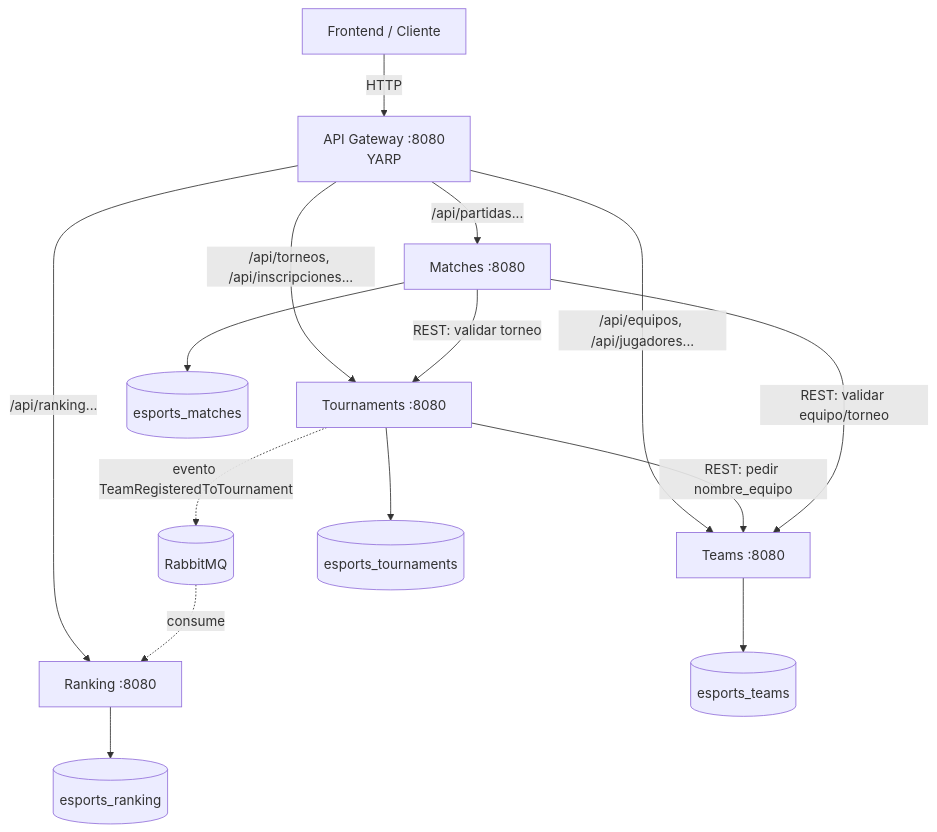
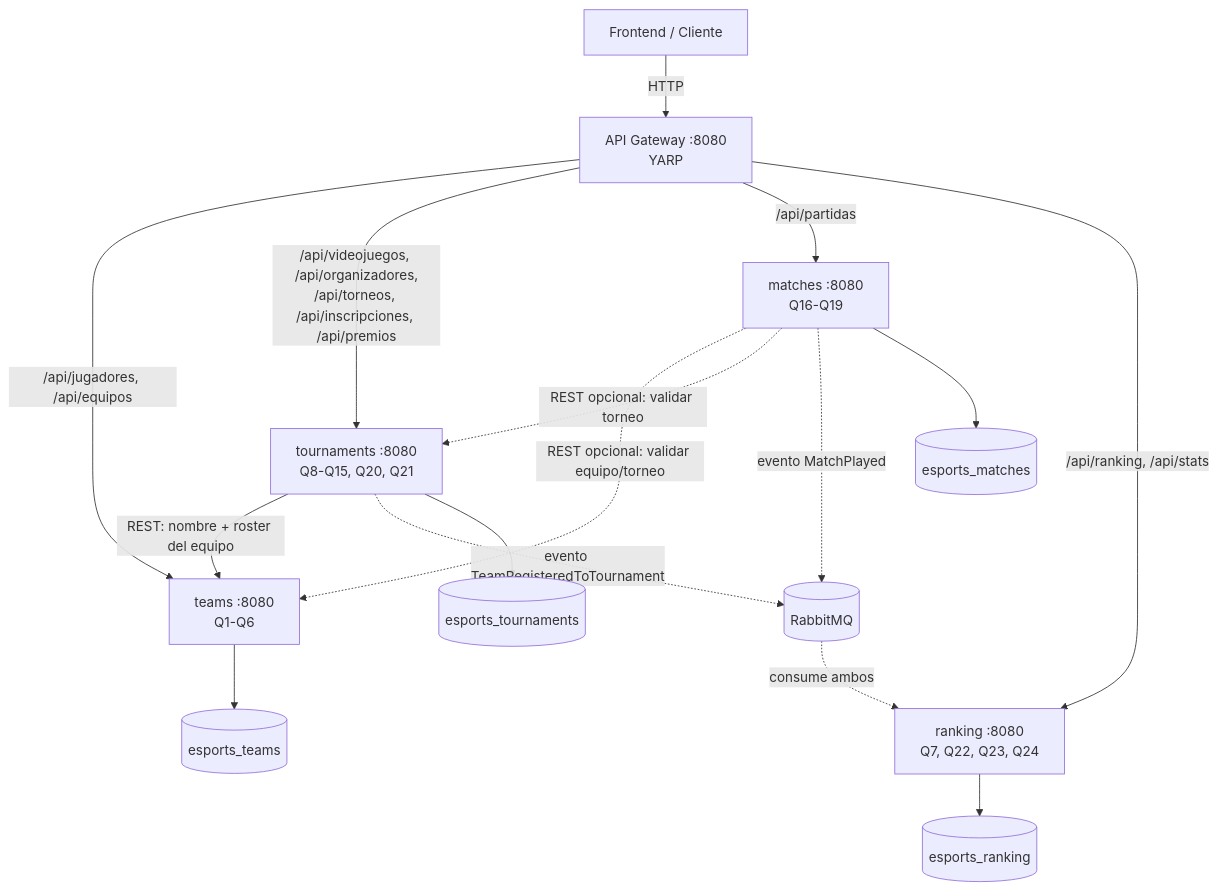
Before and after one commit to lukehowland/esports-platform: the diagram in docs/01-arquitectura.md, drawn with Mermaid. The commit also changed other lines of this file and 13 other files, not shown here.

````diff
--- a/docs/01-arquitectura.md
+++ b/docs/01-arquitectura.md
@@ -7,21 +9,22 @@
 ```mermaid
 flowchart TB
     FE[Frontend / Cliente] -->|HTTP| GW[API Gateway :8080<br/>YARP]
 
-    GW -->|/api/torneos, /api/inscripciones...| T[Tournaments :8080]
-    GW -->|/api/equipos, /api/jugadores...| TE[Teams :8080]
-    GW -->|/api/partidas...| M[Matches :8080]
-    GW -->|/api/ranking...| R[Ranking :8080]
+    GW -->|/api/jugadores, /api/equipos| TE[teams :8080<br/>Q1-Q6]
+    GW -->|/api/videojuegos, /api/organizadores,<br/>/api/torneos, /api/inscripciones, /api/premios| T[tournaments :8080<br/>Q8-Q15, Q20, Q21]
+    GW -->|/api/partidas| M[matches :8080<br/>Q16-Q19]
+    GW -->|/api/ranking, /api/stats| R[ranking :8080<br/>Q7, Q22, Q23, Q24]
 
-    T -->|REST: pedir nombre_equipo| TE
-    M -->|REST: validar equipo/torneo| TE
-    M -->|REST: validar torneo| T
+    T -->|REST: nombre + roster del equipo| TE
+    M -.->|REST opcional: validar equipo/torneo| TE
+    M -.->|REST opcional: validar torneo| T
 
     T -.->|evento TeamRegisteredToTournament| MQ[(RabbitMQ)]
-    MQ -.->|consume| R
+    M -.->|evento MatchPlayed| MQ
+    MQ -.->|consume ambos| R
 
+    TE --> CTE[(esports_teams)]
     T --> CT[(esports_tournaments)]
-    TE --> CTE[(esports_teams)]
     M --> CM[(esports_matches)]
     R --> CR[(esports_ranking)]
 ```
````
